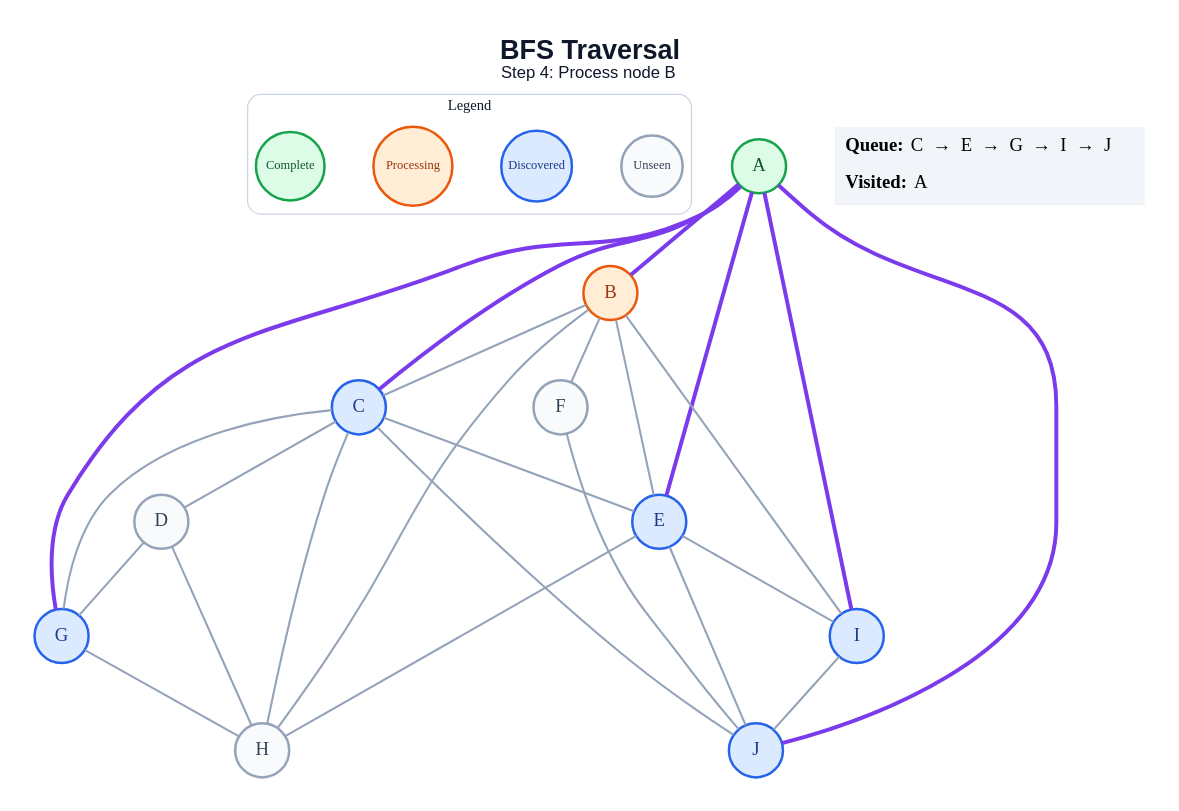
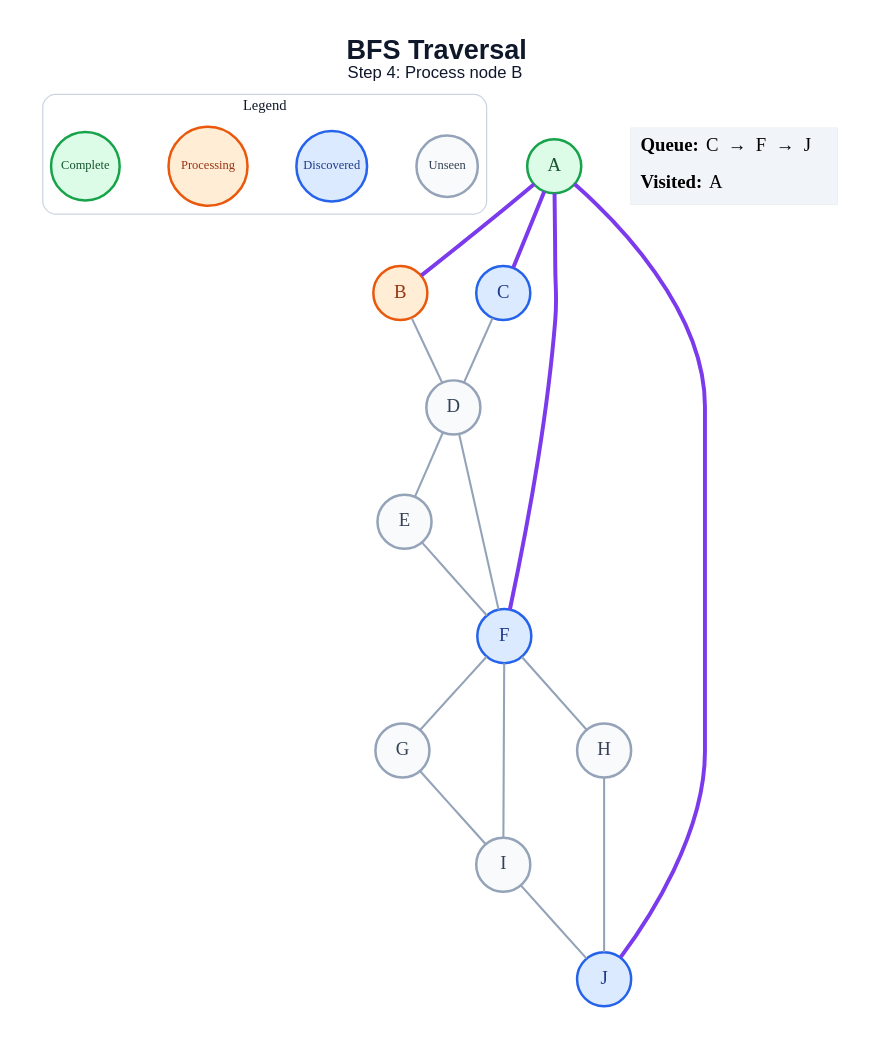
One commit to amanghodawala9/ai-slop changed the diagram in generated/bfs/step_04.dot. Above: the diagram before and after it, drawn with Graphviz. The commit also changed 178 other files, not shown here.

```diff
--- a/generated/bfs/step_04.dot
+++ b/generated/bfs/step_04.dot
@@ -1,53 +1,44 @@
 graph traversal {
   graph [layout=dot, rankdir=TB, bgcolor="#FFFFFF", pad="0.35", nodesep="0.65", ranksep="0.8", fontname="Arial"];
   node [shape=circle, style="filled", fontname="Arial Bold", fontsize=18, width=0.72, fixedsize=true, penwidth=2.4];
   edge [color="#94A3B8", penwidth=2.0];
   label=<<B>BFS Traversal</B><BR/><FONT POINT-SIZE="16">Step 4: Process node B</FONT>>; labelloc="t"; fontsize=26; fontname="Arial"; fontcolor="#0F172A";
   subgraph cluster_legend { label="Legend"; color="#CBD5E1"; penwidth=1.2; style="rounded"; fontsize=14; fontname="Arial Bold";
     key_unseen [label="Unseen", fillcolor="#F8FAFC", color="#94A3B8", fontcolor="#334155", fontsize=12, width=0.82];
     key_frontier [label="Discovered", fillcolor="#DBEAFE", color="#2563EB", fontcolor="#1E3A8A", fontsize=12, width=0.95];
     key_current [label="Processing", fillcolor="#FFEDD5", color="#EA580C", fontcolor="#9A3412", fontsize=12, width=1.05];
     key_done [label="Complete", fillcolor="#DCFCE7", color="#16A34A", fontcolor="#14532D", fontsize=12, width=0.92];
     { rank=same; key_unseen; key_frontier; key_current; key_done; }
   }
   A [fillcolor="#DCFCE7", color="#16A34A", fontcolor="#14532D"];
   B [fillcolor="#FFEDD5", color="#EA580C", fontcolor="#9A3412"];
   C [fillcolor="#DBEAFE", color="#2563EB", fontcolor="#1E3A8A"];
   D [fillcolor="#F8FAFC", color="#94A3B8", fontcolor="#334155"];
-  E [fillcolor="#DBEAFE", color="#2563EB", fontcolor="#1E3A8A"];
-  F [fillcolor="#F8FAFC", color="#94A3B8", fontcolor="#334155"];
-  G [fillcolor="#DBEAFE", color="#2563EB", fontcolor="#1E3A8A"];
+  E [fillcolor="#F8FAFC", color="#94A3B8", fontcolor="#334155"];
+  F [fillcolor="#DBEAFE", color="#2563EB", fontcolor="#1E3A8A"];
+  G [fillcolor="#F8FAFC", color="#94A3B8", fontcolor="#334155"];
   H [fillcolor="#F8FAFC", color="#94A3B8", fontcolor="#334155"];
-  I [fillcolor="#DBEAFE", color="#2563EB", fontcolor="#1E3A8A"];
+  I [fillcolor="#F8FAFC", color="#94A3B8", fontcolor="#334155"];
   J [fillcolor="#DBEAFE", color="#2563EB", fontcolor="#1E3A8A"];
   A -- B [color="#7C3AED", penwidth=3.8];
   A -- C [color="#7C3AED", penwidth=3.8];
-  A -- E [color="#7C3AED", penwidth=3.8];
-  A -- G [color="#7C3AED", penwidth=3.8];
-  A -- I [color="#7C3AED", penwidth=3.8];
+  A -- F [color="#7C3AED", penwidth=3.8];
   A -- J [color="#7C3AED", penwidth=3.8];
-  B -- C;
-  B -- E;
-  B -- F;
-  B -- H;
-  B -- I;
+  B -- D;
   C -- D;
-  C -- E;
-  C -- G;
-  C -- H;
-  C -- J;
-  D -- G;
-  D -- H;
-  E -- H;
-  E -- I;
-  E -- J;
-  F -- J;
-  G -- H;
+  D -- E;
+  D -- F;
+  E -- F;
+  F -- G;
+  F -- H;
+  F -- I;
+  G -- I;
+  H -- J;
   I -- J;
   status [shape=plain, fixedsize=false, width=0, height=0, margin=0, label=<
     <TABLE BORDER="0" CELLBORDER="0" CELLPADDING="7" BGCOLOR="#F1F5F9">
-      <TR><TD ALIGN="LEFT"><B>Queue:</B> C  →  E  →  G  →  I  →  J</TD></TR>
+      <TR><TD ALIGN="LEFT"><B>Queue:</B> C  →  F  →  J</TD></TR>
       <TR><TD ALIGN="LEFT"><B>Visited:</B> A</TD></TR>
     </TABLE>
   >];
 }
```
